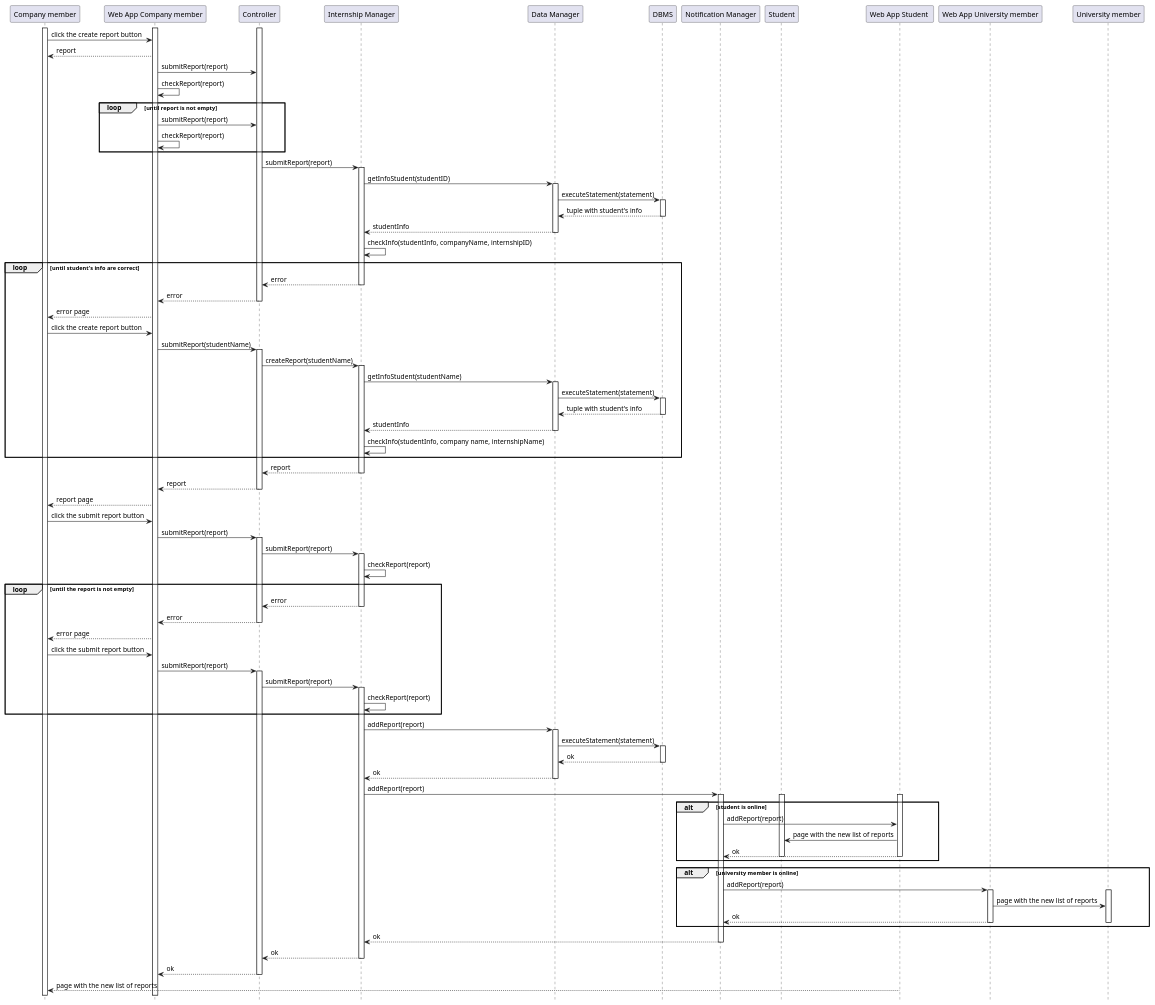
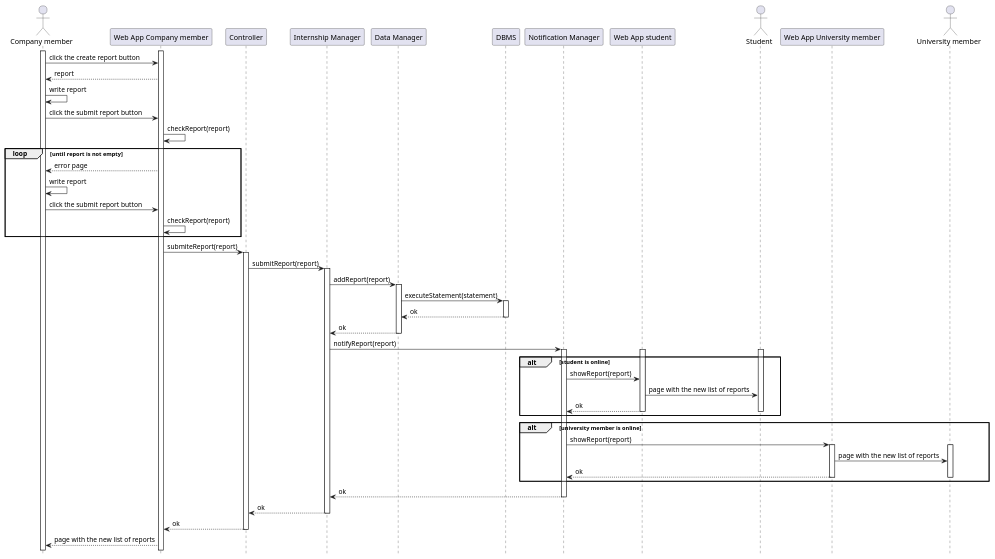
One commit to matti8702/R_and_DD_project_SE2 changed the diagram in DD/Architectural_design/uml_diagrams/RV25.puml. Above: the diagram before and after it, drawn with PlantUML. The commit also changed 9 other files, not shown here.

```diff
--- a/DD/Architectural_design/uml_diagrams/RV25.puml
+++ b/DD/Architectural_design/uml_diagrams/RV25.puml
@@ -1,119 +1,68 @@
 @startuml RV25
 hide footbox
 
-participant "Company member" as CM
+actor "Company member" as CM
 participant "Web App Company member" AS WACM
 participant "Controller" as C
 participant "Internship Manager" as IM
 participant "Data Manager" as DM
 participant "DBMS" as DB
 participant "Notification Manager" as NM
-participant "Student" as ST
-participant "Web App Student " AS WAST
+participant "Web App student" AS WAST
+actor "Student" as ST
 participant "Web App University member" AS WAUM
-participant "University member" AS UM
+actor "University member" AS UM
 
 activate CM
 activate WACM
 CM -> WACM : click the create report button
 WACM --> CM : report
-WACM -> C  : submitReport(report)
+CM -> CM   : write report
+CM -> WACM : click the submit report button
 WACM -> WACM : checkReport(report)
 loop until report is not empty
-
-    WACM -> C  : submitReport(report)
+    WACM --> CM : error page
+    CM -> CM   : write report
+    CM -> WACM : click the submit report button
     WACM -> WACM : checkReport(report)
 end
+WACM -> C : submiteReport(report)
 activate C
 C -> IM    : submitReport(report)
 activate IM
-IM -> DM   : getInfoStudent(studentID)
-activate DM
-DM -> DB   : executeStatement(statement)
-activate DB
-DB --> DM  : tuple with student's info
-deactivate DB
-DM --> IM  : studentInfo
-deactivate DM
-IM -> IM   : checkInfo(studentInfo, companyName, internshipID)
-loop until student's info are correct
-IM --> C   : error
-deactivate IM
-C  --> WACM : error
-deactivate C
-WACM --> CM : error page
-CM -> WACM : click the create report button
-WACM -> C  : submitReport(studentName)
-activate C
-C -> IM    : createReport(studentName)
-activate IM
-IM -> DM   : getInfoStudent(studentName)
-activate DM
-DM -> DB   : executeStatement(statement)
-activate DB
-DB --> DM  : tuple with student's info
-deactivate DB
-DM --> IM  : studentInfo
-deactivate DM
-IM -> IM   : checkInfo(studentInfo, company name, internshipName)
-end
-IM --> C   : report
-deactivate IM
-C --> WACM : report
-deactivate C
-WACM --> CM : report page
-CM -> WACM : click the submit report button
-WACM -> C  : submitReport(report)
-activate C
-C -> IM    : submitReport(report)
-activate IM
-IM -> IM   : checkReport(report)
-loop until the report is not empty
-    IM --> C : error
-    deactivate IM
-    C --> WACM : error
-    deactivate C
-    WACM --> CM : error page
-    CM -> WACM : click the submit report button
-    WACM -> C  : submitReport(report)
-    activate C
-    C -> IM    : submitReport(report)
-    activate IM
-    IM -> IM   : checkReport(report)
-end
 IM -> DM : addReport(report)
-activate DM
+activate  DM
 DM -> DB : executeStatement(statement)
 activate DB
 DB --> DM : ok
 deactivate DB
 DM --> IM : ok
 deactivate DM
-IM -> NM : addReport(report)
+IM -> NM : notifyReport(report)
 activate NM
 alt student is online
+    activate WAST
     activate ST
-    activate WAST
-    NM -> WAST : addReport(report)
+    NM -> WAST : showReport(report)
     WAST -> ST : page with the new list of reports
-    WAST --> NM : ok 
+    WAST --> NM : ok
+    deactivate WAST
     deactivate ST
-    deactivate WAST
 end 
 alt university member is online
-    NM -> WAUM : addReport(report)
+    NM -> WAUM : showReport(report)
     activate WAUM
     activate UM
     WAUM -> UM : page with the new list of reports
     WAUM --> NM : ok
     deactivate WAUM
     deactivate UM
 end 
 NM --> IM : ok
 deactivate NM
 IM --> C : ok
 deactivate IM
-C --> WACM : ok
+C --> WACM : ok 
 deactivate C
-WAST --> CM : page with the new list of reports
+WACM --> CM : page with the new list of reports
 @enduml
```
